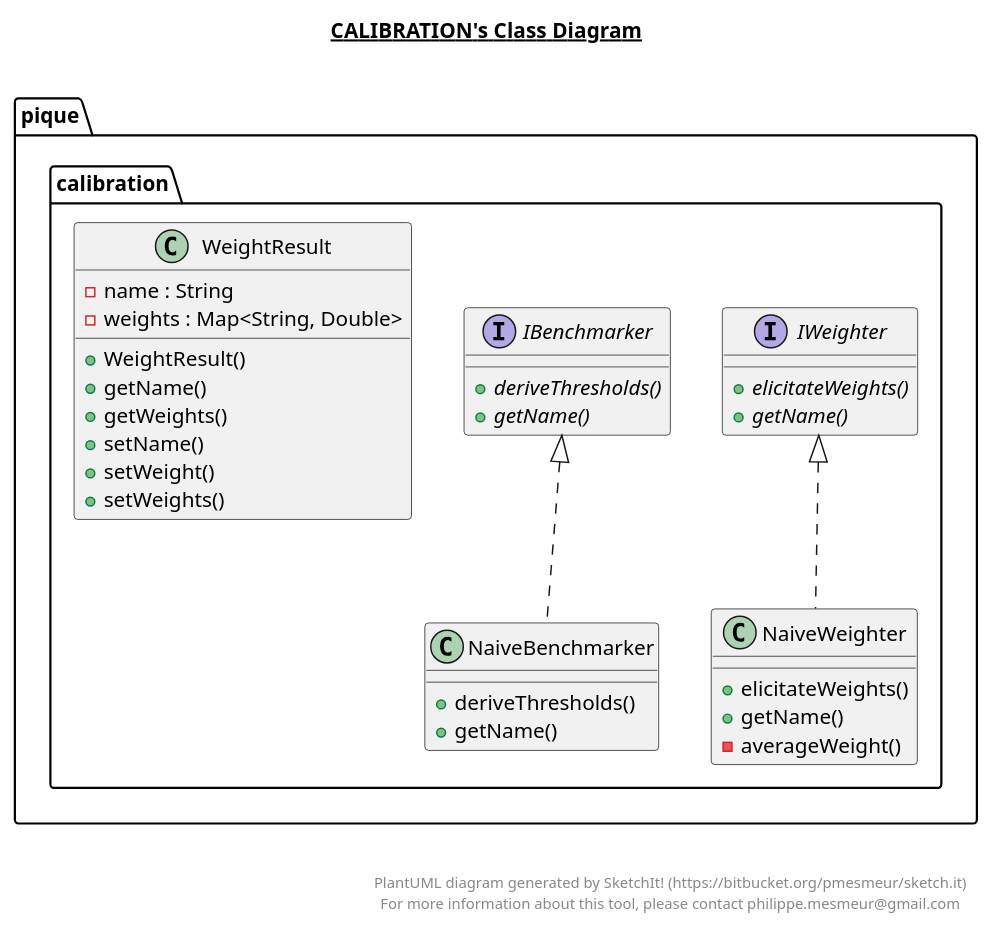
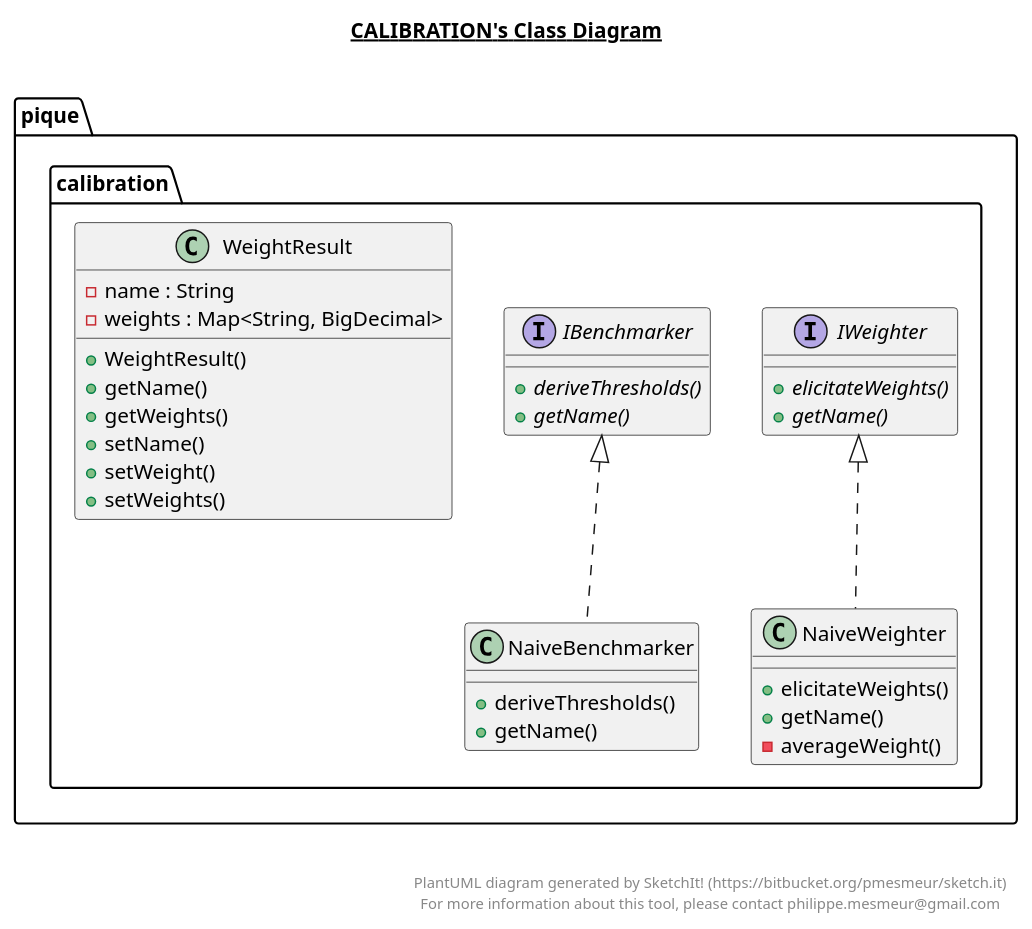
One commit to MSUSEL/msusel-pique changed the diagram in src/main/java/pique/calibration/calibration.plantuml. Above: the diagram before and after it, drawn with PlantUML. The commit also changed 33 other files, not shown here.

Commit message:
Changed Doubles and doubles to BigDecimal

```diff
--- a/src/main/java/pique/calibration/calibration.plantuml
+++ b/src/main/java/pique/calibration/calibration.plantuml
@@ -1,63 +1,63 @@
 @startuml
 
 title __CALIBRATION's Class Diagram__\n
 
   namespace pique.calibration {
     interface pique.calibration.IBenchmarker {
         {abstract} + deriveThresholds()
         {abstract} + getName()
     }
   }
   
 
   namespace pique.calibration {
     interface pique.calibration.IWeighter {
         {abstract} + elicitateWeights()
         {abstract} + getName()
     }
   }
   
 
   namespace pique.calibration {
     class pique.calibration.NaiveBenchmarker {
         + deriveThresholds()
         + getName()
     }
   }
   
 
   namespace pique.calibration {
     class pique.calibration.NaiveWeighter {
         + elicitateWeights()
         + getName()
         - averageWeight()
     }
   }
   
 
   namespace pique.calibration {
     class pique.calibration.WeightResult {
         - name : String
-        - weights : Map<String, Double>
+        - weights : Map<String, BigDecimal>
         + WeightResult()
         + getName()
         + getWeights()
         + setName()
         + setWeight()
         + setWeights()
     }
   }
   
 
   pique.calibration.NaiveBenchmarker .up.|> pique.calibration.IBenchmarker
   pique.calibration.NaiveWeighter .up.|> pique.calibration.IWeighter
 
 
 right footer
 
 
 PlantUML diagram generated by SketchIt! (https://bitbucket.org/pmesmeur/sketch.it)
 For more information about this tool, please contact philippe.mesmeur@gmail.com
 endfooter
 
 @enduml
```
